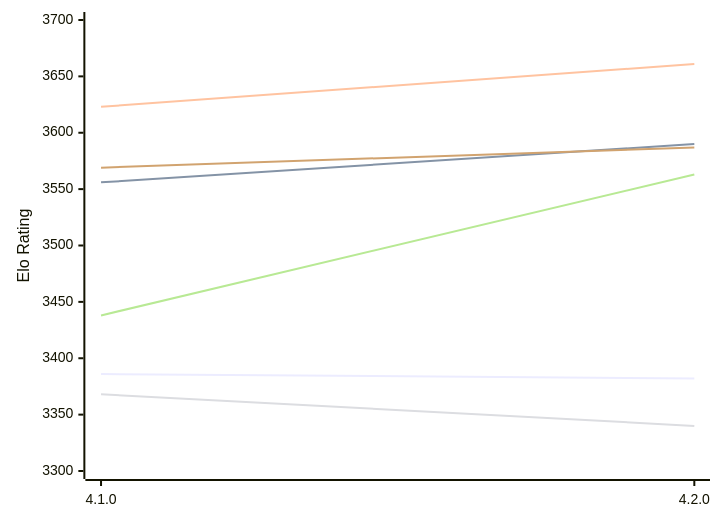
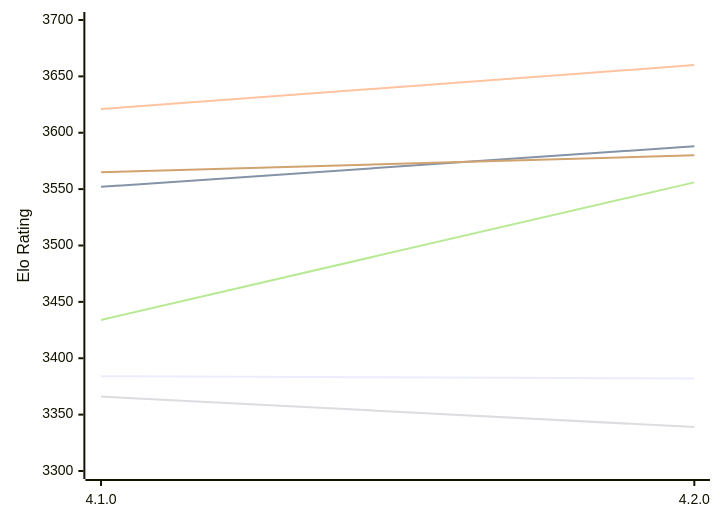
The first of 2 diagrams in engines/Raphael.md (computer-chess-index/cci), drawn with Mermaid before and after one commit. The commit also changed other lines of this file, not shown here.

Commit message:
Update CCI Ratings (ELO VLTC) - 2026-11-19

````diff
--- a/engines/Raphael.md
+++ b/engines/Raphael.md
@@ -59,12 +59,12 @@
 ```mermaid
 %%{init: {"theme":"base","themeVariables":{"seriesColors:['#a3a3a3','#222221','#faa371']}}}%%
 xychart-beta
   x-axis ["4.1.0", "4.2.0"]
   y-axis "Elo Rating" 3300 --> 3700
-  line "E1: STC (8.0+0.08s)" [3386, 3382]
-  line "E1: LTC (60.0+0.60s)" [3556, 3590]
-  line "E1: VLTC (2m24s+1.12s)" [3623, 3661]
-  line "P1: STC (8.0+0.08s)" [3368, 3340]
-  line "P1: LTC (60.0+0.60s)" [3438, 3563]
-  line "P1: VLTC (2m24s+1.12s)" [3569, 3587]
+  line "E1: STC (8.0+0.08s)" [3384, 3382]
+  line "E1: LTC (60.0+0.60s)" [3552, 3588]
+  line "E1: VLTC (2m24s+1.12s)" [3621, 3660]
+  line "P1: STC (8.0+0.08s)" [3366, 3339]
+  line "P1: LTC (60.0+0.60s)" [3434, 3556]
+  line "P1: VLTC (2m24s+1.12s)" [3565, 3580]
 ```
````
